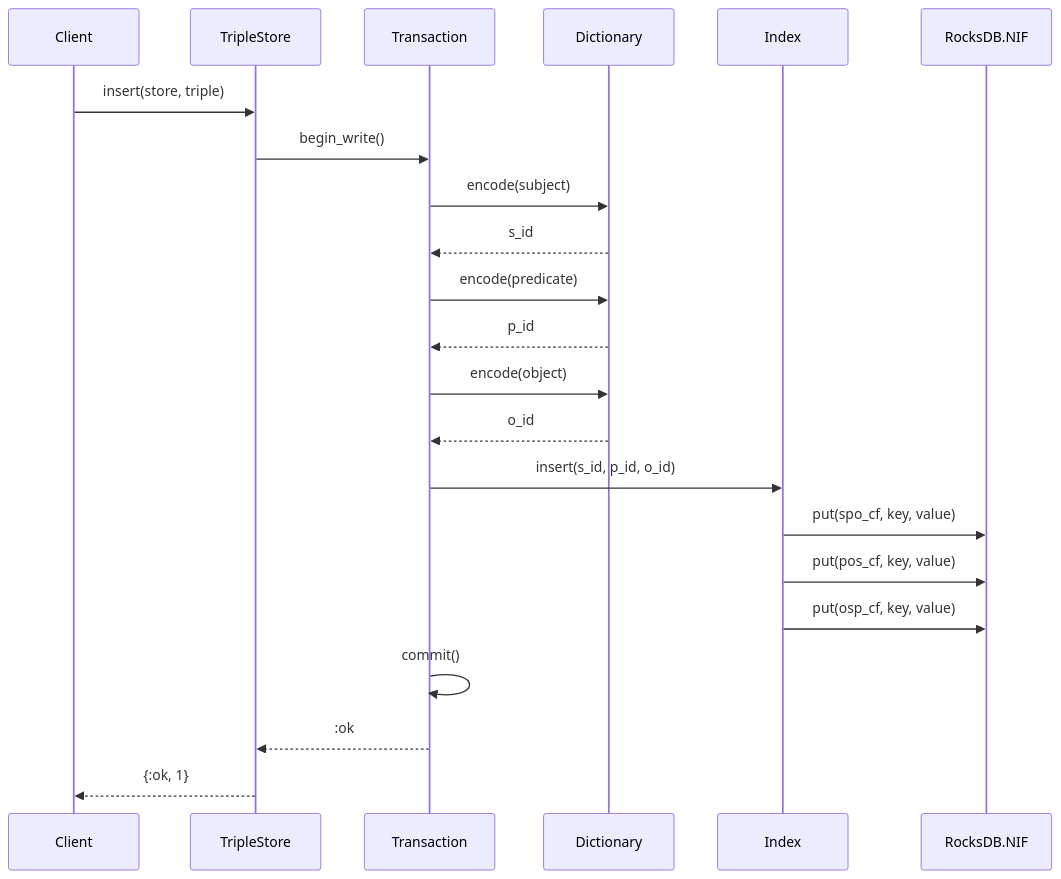
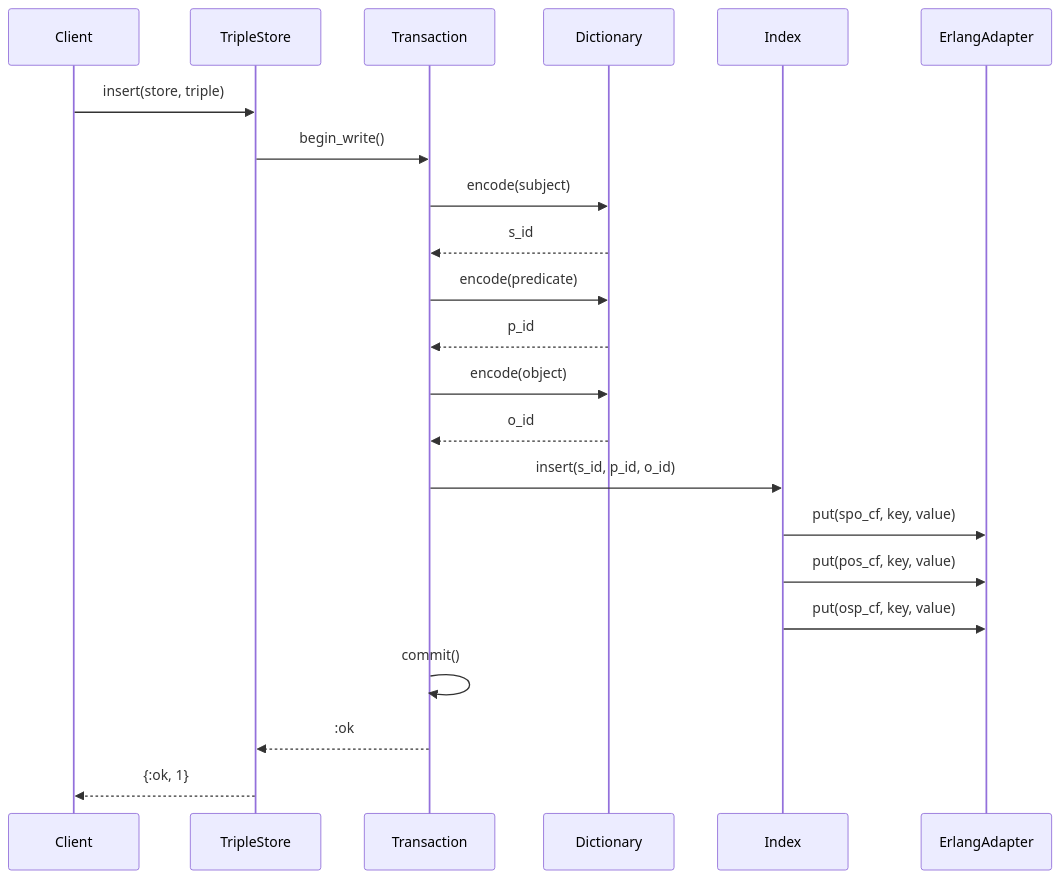
One commit to pcharbon70/triple_store changed the third of 6 diagrams in guides/developer/00-architecture-overview.md. Above: the diagram before and after it, drawn with Mermaid. The commit also changed other lines of this file and 2 other files, not shown here.

First line of the commit message:
Update developer guides for erlang-rocksdb architecture

````diff
--- a/guides/developer/00-architecture-overview.md
+++ b/guides/developer/00-architecture-overview.md
@@ -145,27 +150,27 @@
 ```mermaid
 sequenceDiagram
     participant Client
     participant API as TripleStore
     participant TX as Transaction
     participant Dict as Dictionary
     participant Idx as Index
-    participant NIF as RocksDB.NIF
+    participant Adapter as ErlangAdapter
 
     Client->>API: insert(store, triple)
     API->>TX: begin_write()
     TX->>Dict: encode(subject)
     Dict-->>TX: s_id
     TX->>Dict: encode(predicate)
     Dict-->>TX: p_id
     TX->>Dict: encode(object)
     Dict-->>TX: o_id
 
     TX->>Idx: insert(s_id, p_id, o_id)
-    Idx->>NIF: put(spo_cf, key, value)
-    Idx->>NIF: put(pos_cf, key, value)
-    Idx->>NIF: put(osp_cf, key, value)
+    Idx->>Adapter: put(spo_cf, key, value)
+    Idx->>Adapter: put(pos_cf, key, value)
+    Idx->>Adapter: put(osp_cf, key, value)
 
     TX->>TX: commit()
     TX-->>API: :ok
     API-->>Client: {:ok, 1}
 ```
````
